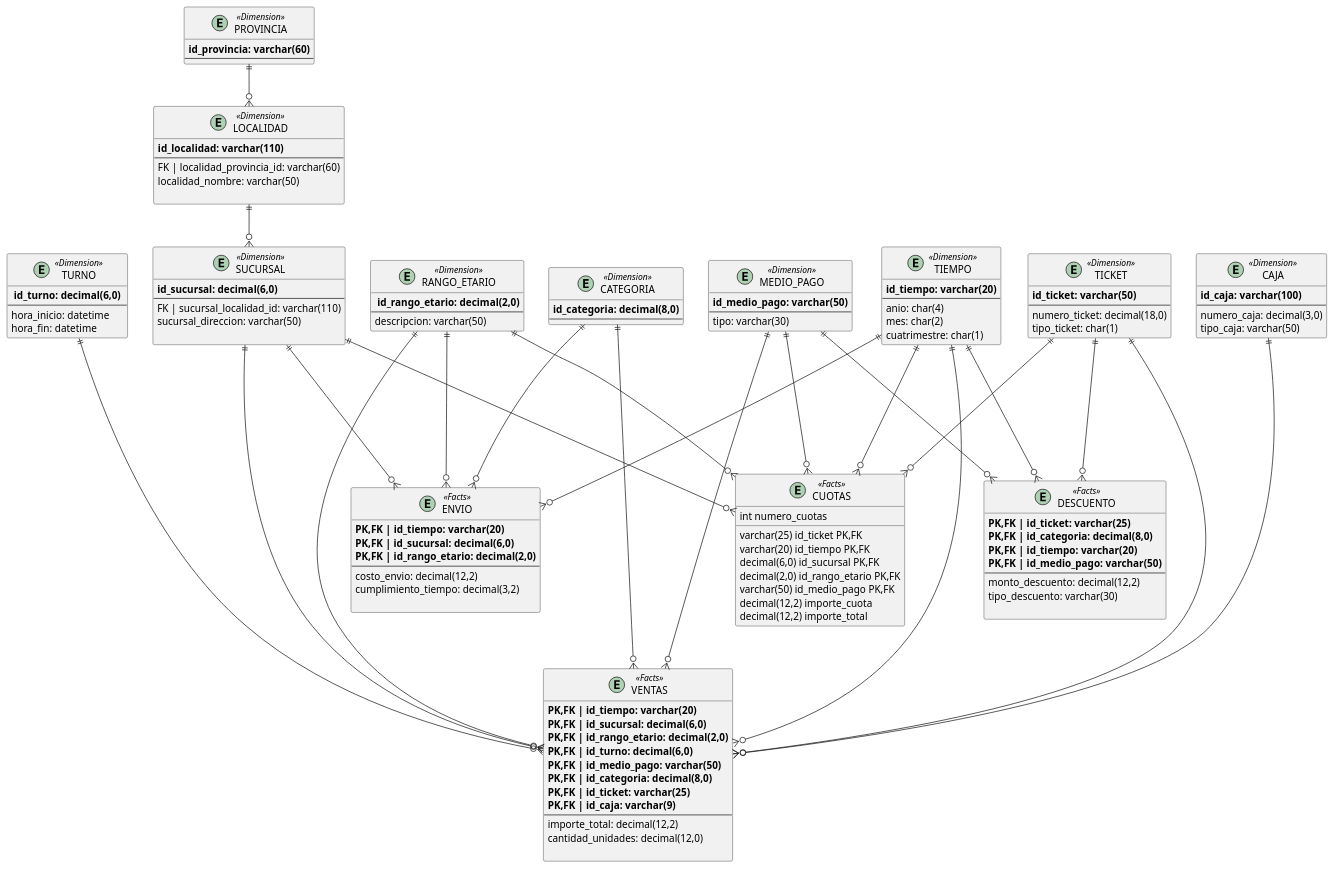
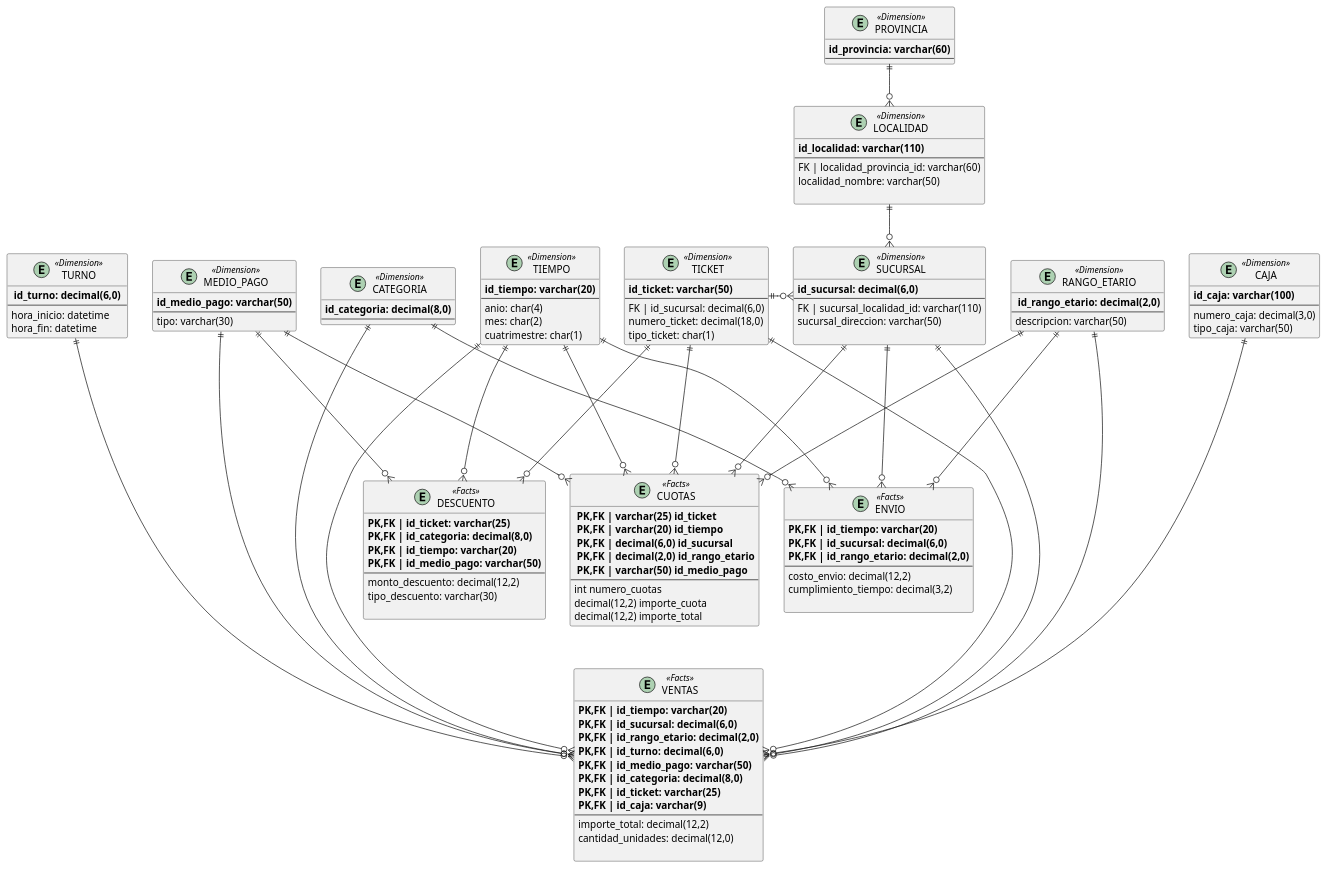
One commit to NicolasPin/GDD changed the diagram in DERBI en java/src/DERBI.puml. Above: the diagram before and after it, drawn with PlantUML. The commit also changed 1 other file, not shown here.

Commit message:
Agrega conexion entre sucursal y ticket y elimina derb.mdj

```diff
--- a/DERBI en java/src/DERBI.puml
+++ b/DERBI en java/src/DERBI.puml
@@ -1,132 +1,135 @@
 @startuml
 entity TIEMPO <<Dimension>>{
         **id_tiempo: varchar(20)**
         --
         anio: char(4)
         mes: char(2)
         cuatrimestre: char(1)
     }
 entity PROVINCIA <<Dimension>>{
         **id_provincia: varchar(60)**
         --
     }
 entity LOCALIDAD <<Dimension>>{
         **id_localidad: varchar(110) **
         --
         FK | localidad_provincia_id: varchar(60)
         localidad_nombre: varchar(50)
 
     }
 entity SUCURSAL <<Dimension>>{
         **id_sucursal: decimal(6,0)**
         --
         FK | sucursal_localidad_id: varchar(110)
         sucursal_direccion: varchar(50)
 
     }
 entity RANGO_ETARIO <<Dimension>>{
         ** id_rango_etario: decimal(2,0)**
         --
         descripcion: varchar(50)
     }
 entity TURNO <<Dimension>>{
         ** id_turno: decimal(6,0) **
         --
         hora_inicio: datetime
         hora_fin: datetime
     }
 entity MEDIO_PAGO <<Dimension>> {
         **id_medio_pago: varchar(50)**
         --
         tipo: varchar(30)
     }
 
 entity CATEGORIA <<Dimension>> {
         **id_categoria: decimal(8,0)**
         --
     }
 
 entity TICKET <<Dimension>> {
         **id_ticket: varchar(50)**
         --
+        FK | id_sucursal: decimal(6,0)
         numero_ticket: decimal(18,0)
         tipo_ticket: char(1)
     }
 entity CAJA <<Dimension>> {
         **id_caja: varchar(100)**
         --
         numero_caja: decimal(3,0)
         tipo_caja: varchar(50)
 }
 entity VENTAS <<Facts>>{
         **PK,FK | id_tiempo: varchar(20)**
         **PK,FK | id_sucursal: decimal(6,0)**
         **PK,FK | id_rango_etario: decimal(2,0)**
         **PK,FK | id_turno: decimal(6,0)**
         **PK,FK | id_medio_pago: varchar(50)**
         **PK,FK | id_categoria: decimal(8,0)**
         **PK,FK | id_ticket: varchar(25)**
         **PK,FK | id_caja: varchar(9)**
         --
         importe_total: decimal(12,2)
         cantidad_unidades: decimal(12,0)
 
     }
 entity DESCUENTO <<Facts>>{
         **PK,FK | id_ticket: varchar(25)**
         **PK,FK | id_categoria: decimal(8,0)**
         **PK,FK | id_tiempo: varchar(20)**
         **PK,FK | id_medio_pago: varchar(50)**
         --
         monto_descuento: decimal(12,2)
         tipo_descuento: varchar(30)
 
     }
 entity ENVIO <<Facts>>{
         **PK,FK | id_tiempo: varchar(20)**
         **PK,FK | id_sucursal: decimal(6,0)**
         **PK,FK | id_rango_etario: decimal(2,0)**
         --
         costo_envio: decimal(12,2)
         cumplimiento_tiempo: decimal(3,2)
 
     }
 entity CUOTAS <<Facts>>{
-        varchar(25) id_ticket PK,FK
-        varchar(20) id_tiempo PK,FK
-        decimal(6,0) id_sucursal PK,FK
-        decimal(2,0) id_rango_etario PK,FK
-        varchar(50) id_medio_pago PK,FK
+        ** PK,FK | varchar(25) id_ticket**
+        ** PK,FK | varchar(20) id_tiempo**
+        ** PK,FK | decimal(6,0) id_sucursal**
+        ** PK,FK | decimal(2,0) id_rango_etario**
+        ** PK,FK | varchar(50) id_medio_pago **
+        --
         int numero_cuotas
         decimal(12,2) importe_cuota
         decimal(12,2) importe_total
     }
 
+TICKET ||-o{ SUCURSAL
 RANGO_ETARIO ||----o{ VENTAS
 TIEMPO ||-----o{ VENTAS
 SUCURSAL ||-----o{ VENTAS
 TURNO ||-----o{ VENTAS
 MEDIO_PAGO ||-----o{ VENTAS
 CATEGORIA ||-----o{ VENTAS
 TICKET ||----o{ VENTAS
 CAJA ||-----o{ VENTAS
 
 CATEGORIA ||---o{ ENVIO
 TIEMPO ||----o{ ENVIO
 SUCURSAL ||---o{ ENVIO
 RANGO_ETARIO ||----o{ ENVIO
 
 PROVINCIA ||--o{ LOCALIDAD
 LOCALIDAD ||--o{ SUCURSAL
 
 TIEMPO ||----o{ DESCUENTO
 TICKET ||----o{ DESCUENTO
 MEDIO_PAGO ||----o{ DESCUENTO
 
 TICKET ||----o{ CUOTAS
 TIEMPO ||----o{ CUOTAS
 SUCURSAL ||----o{ CUOTAS
 RANGO_ETARIO ||----o{ CUOTAS
 MEDIO_PAGO||----o{ CUOTAS
 
 @enduml
```
